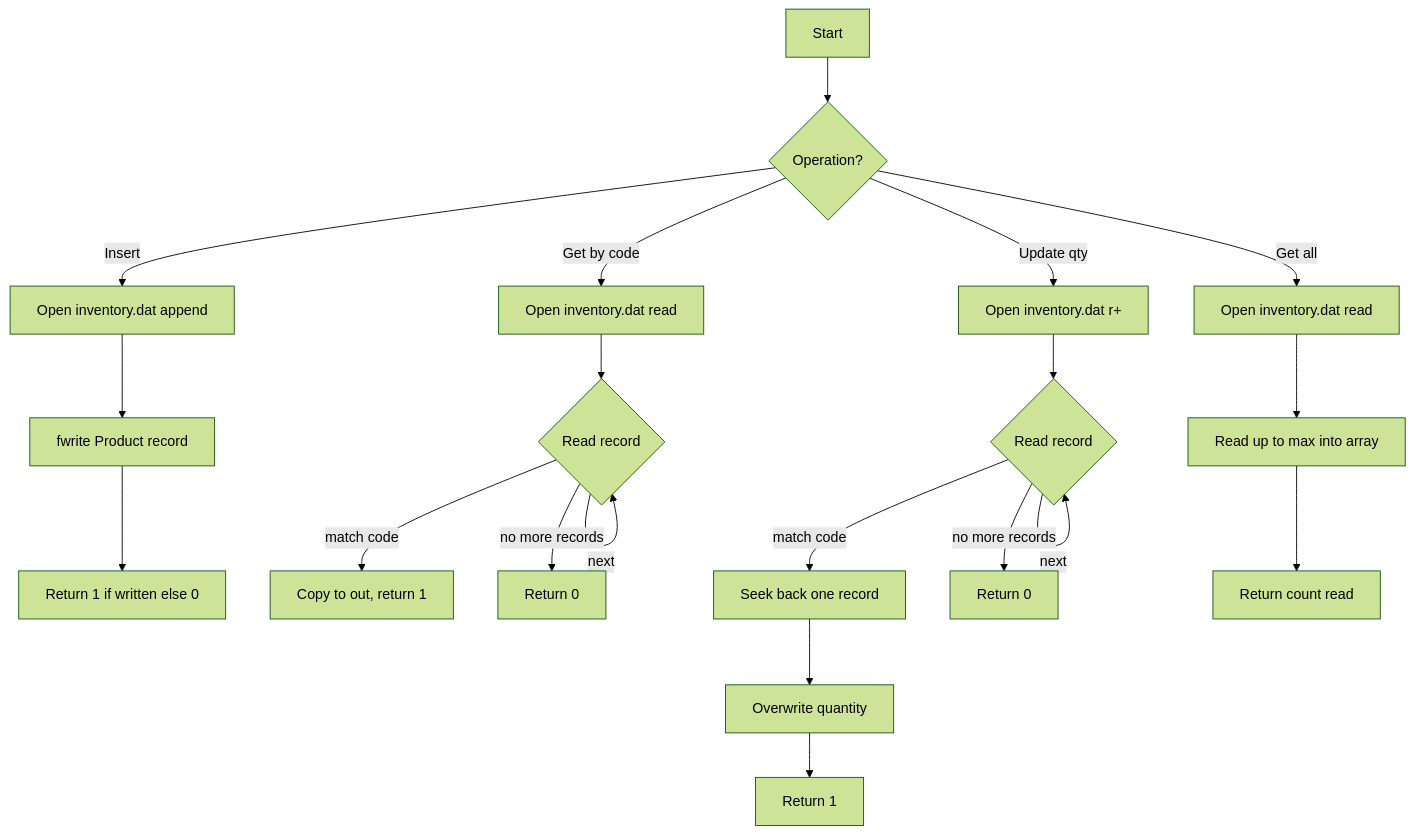
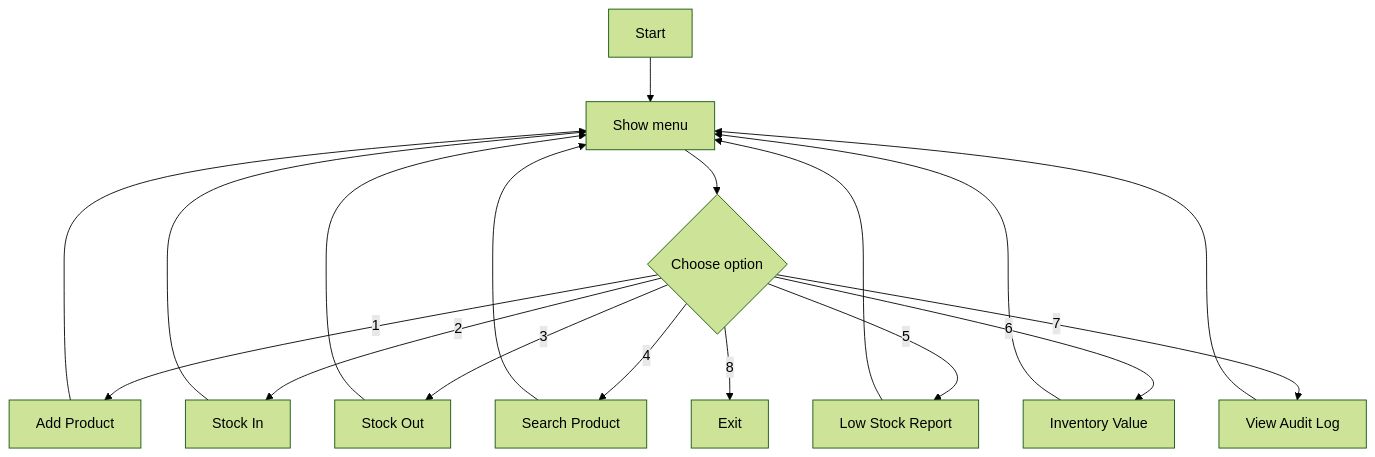
Before and after one commit to PrakDararith22/inventory-camtech: the first of 7 diagrams in docs/feature.md, drawn with Mermaid (forest theme). The commit also changed other lines of this file, not shown here.

Commit message:
Fixing: flowchart

````diff
--- a/docs/feature.md
+++ b/docs/feature.md
@@ -451,22 +446,21 @@
 ```mermaid
 flowchart TD
-    A[Start] --> B{Operation?}
-    B -->|Insert| C[Open inventory.dat append]
-    C --> D[fwrite Product record]
-    D --> E[Return 1 if written else 0]
-    B -->|Get by code| F[Open inventory.dat read]
-    F --> G{Read record}
-    G -->|match code| H[Copy to out, return 1]
-    G -->|no more records| I[Return 0]
-    G -->|next| G
-    B -->|Update qty| J[Open inventory.dat r+]
-    J --> K{Read record}
-    K -->|match code| L[Seek back one record]
-    L --> M[Overwrite quantity]
-    M --> N[Return 1]
-    K -->|no more records| O[Return 0]
-    K -->|next| K
-    B -->|Get all| P[Open inventory.dat read]
-    P --> Q[Read up to max into array]
-    Q --> R[Return count read]
+    A["Start"] --> B["Show menu"]
+    B --> C{"Choose option"}
+    C -->|1| D["Add Product"]
+    C -->|2| E["Stock In"]
+    C -->|3| F["Stock Out"]
+    C -->|4| G["Search Product"]
+    C -->|5| H["Low Stock Report"]
+    C -->|6| I["Inventory Value"]
+    C -->|7| J["View Audit Log"]
+    C -->|8| K["Exit"]
+
+    D --> B
+    E --> B
+    F --> B
+    G --> B
+    H --> B
+    I --> B
+    J --> B
 ```
````
